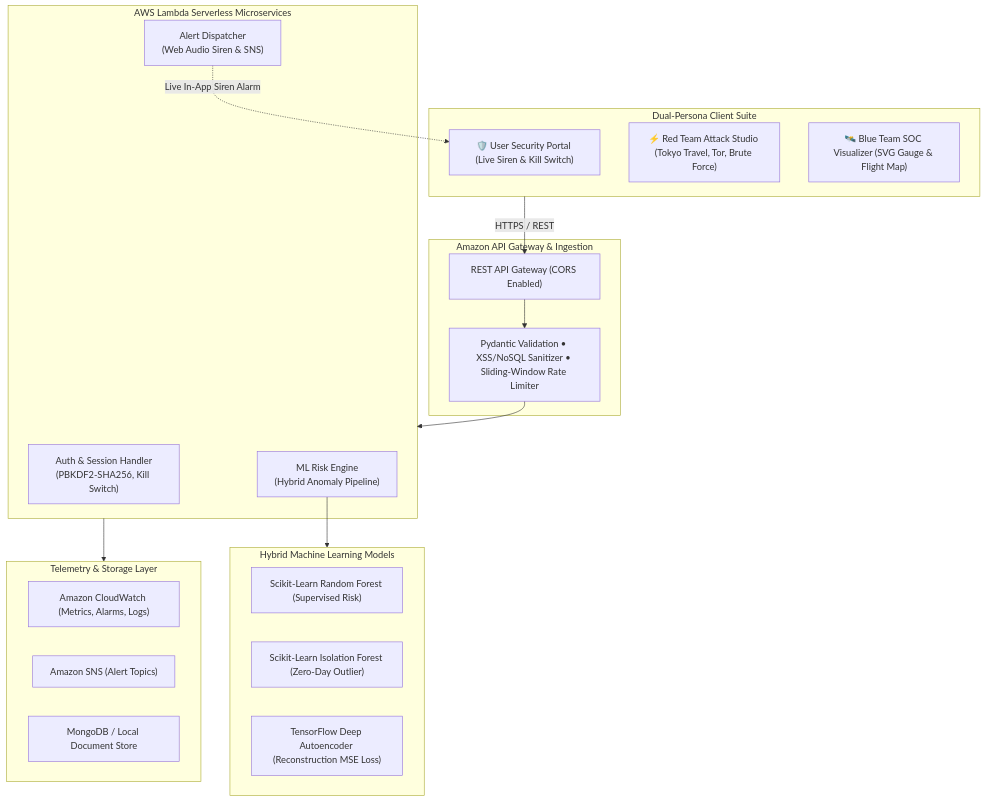
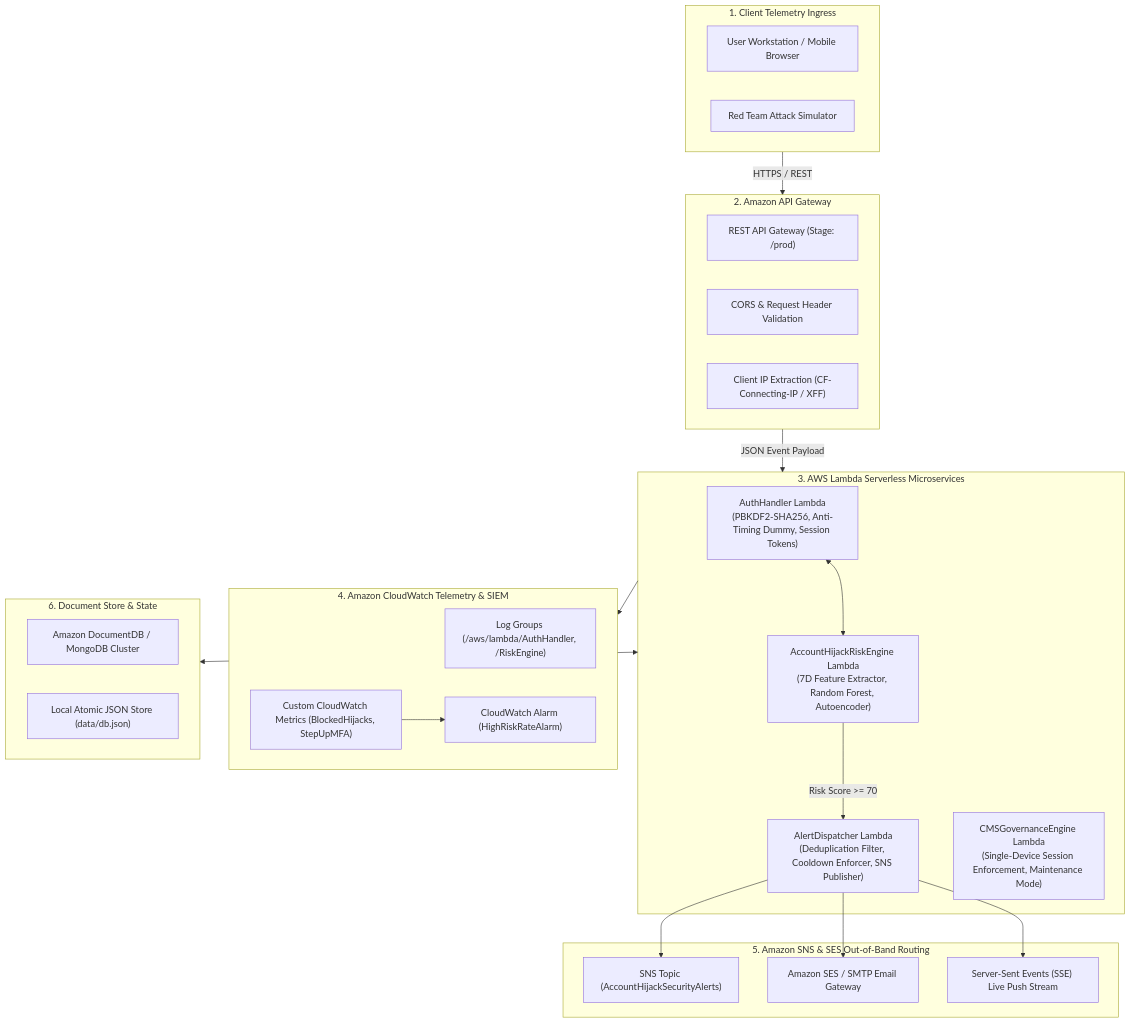
One commit to rootnode-rebels/aws-security changed the first of 2 diagrams in README.md. Above: the diagram before and after it, drawn with Mermaid. The commit also changed other lines of this file and 41 other files, not shown here.

````diff
--- a/README.md
+++ b/README.md
@@ -12,36 +72,48 @@
 ```mermaid
 flowchart TD
-    subgraph CLIENT["Dual-Persona Client Suite"]
-        U1["🛡️ User Security Portal (Live Siren & Kill Switch)"]
-        U2["⚡ Red Team Attack Studio (Tokyo Travel, Tor, Brute Force)"]
-        U3["🛰️ Blue Team SOC Visualizer (SVG Gauge & Flight Map)"]
+    subgraph CLIENT["1. Client Telemetry Ingress"]
+        C1["User Workstation / Mobile Browser"]
+        C2["Red Team Attack Simulator"]
     end
 
-    subgraph GATEWAY["Amazon API Gateway & Ingestion"]
-        GW["REST API Gateway (CORS Enabled)"]
-        V["Pydantic Validation • XSS/NoSQL Sanitizer • Sliding-Window Rate Limiter"]
+    subgraph APIGW["2. Amazon API Gateway"]
+        AG1["REST API Gateway (Stage: /prod)"]
+        AG2["CORS & Request Header Validation"]
+        AG3["Client IP Extraction (CF-Connecting-IP / XFF)"]
     end
 
-    subgraph COMPUTE["AWS Lambda Serverless Microservices"]
-        L1["Auth & Session Handler<br/>(PBKDF2-SHA256, Kill Switch)"]
-        L2["ML Risk Engine<br/>(Hybrid Anomaly Pipeline)"]
-        L3["Alert Dispatcher<br/>(Web Audio Siren & SNS)"]
+    subgraph LAMBDA["3. AWS Lambda Serverless Microservices"]
+        L1["AuthHandler Lambda<br/>(PBKDF2-SHA256, Anti-Timing Dummy, Session Tokens)"]
+        L2["AccountHijackRiskEngine Lambda<br/>(7D Feature Extractor, Random Forest, Autoencoder)"]
+        L3["AlertDispatcher Lambda<br/>(Deduplication Filter, Cooldown Enforcer, SNS Publisher)"]
+        L4["CMSGovernanceEngine Lambda<br/>(Single-Device Session Enforcement, Maintenance Mode)"]
     end
 
-    subgraph ML["Hybrid Machine Learning Models"]
-        M1["Scikit-Learn Random Forest (Supervised Risk)"]
-        M2["Scikit-Learn Isolation Forest (Zero-Day Outlier)"]
-        M3["TensorFlow Deep Autoencoder (Reconstruction MSE Loss)"]
+    subgraph CW["4. Amazon CloudWatch Telemetry & SIEM"]
+        CW1["Log Groups (/aws/lambda/AuthHandler, /RiskEngine)"]
+        CW2["Custom CloudWatch Metrics (BlockedHijacks, StepUpMFA)"]
+        CW3["CloudWatch Alarm (HighRiskRateAlarm)"]
     end
 
-    subgraph STORAGE["Telemetry & Storage Layer"]
-        CW["Amazon CloudWatch (Metrics, Alarms, Logs)"]
-        SNS["Amazon SNS (Alert Topics)"]
-        DB["MongoDB / Local Document Store"]
+    subgraph NOTIF["5. Amazon SNS & SES Out-of-Band Routing"]
+        SNS1["SNS Topic (AccountHijackSecurityAlerts)"]
+        SES1["Amazon SES / SMTP Email Gateway"]
+        SSE1["Server-Sent Events (SSE) Live Push Stream"]
     end
 
-    CLIENT -->|HTTPS / REST| GW --> V --> COMPUTE
-    L2 --> ML
-    COMPUTE --> STORAGE
-    L3 -.->|Live In-App Siren Alarm| U1
+    subgraph DATA["6. Document Store & State"]
+        DB1["Amazon DocumentDB / MongoDB Cluster"]
+        DB2["Local Atomic JSON Store (data/db.json)"]
+    end
+
+    CLIENT -->|HTTPS / REST| APIGW
+    APIGW -->|JSON Event Payload| LAMBDA
+    L1 <--> L2
+    L2 -->|Risk Score >= 70| L3
+    LAMBDA --> CW
+    L3 --> SNS1
+    L3 --> SES1
+    L3 --> SSE1
+    LAMBDA <--> DATA
+    CW2 --> CW3
 ```
````
